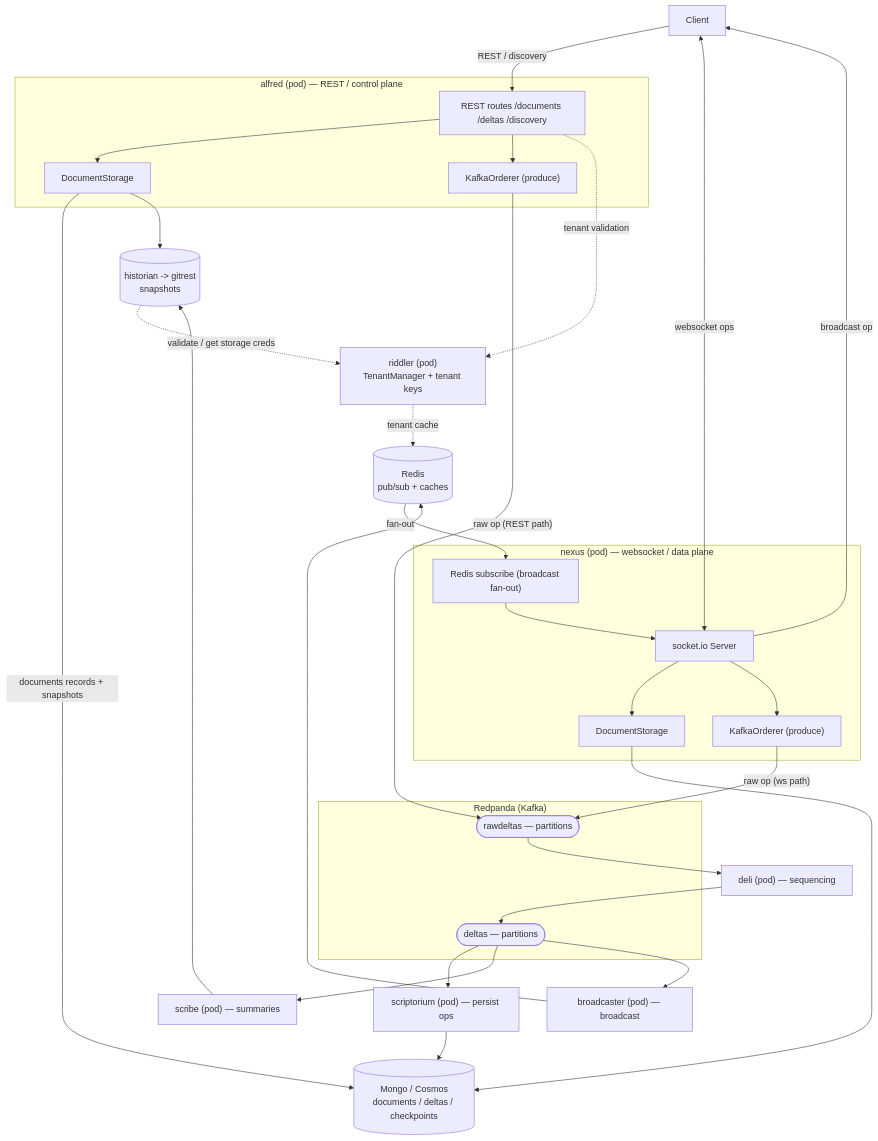
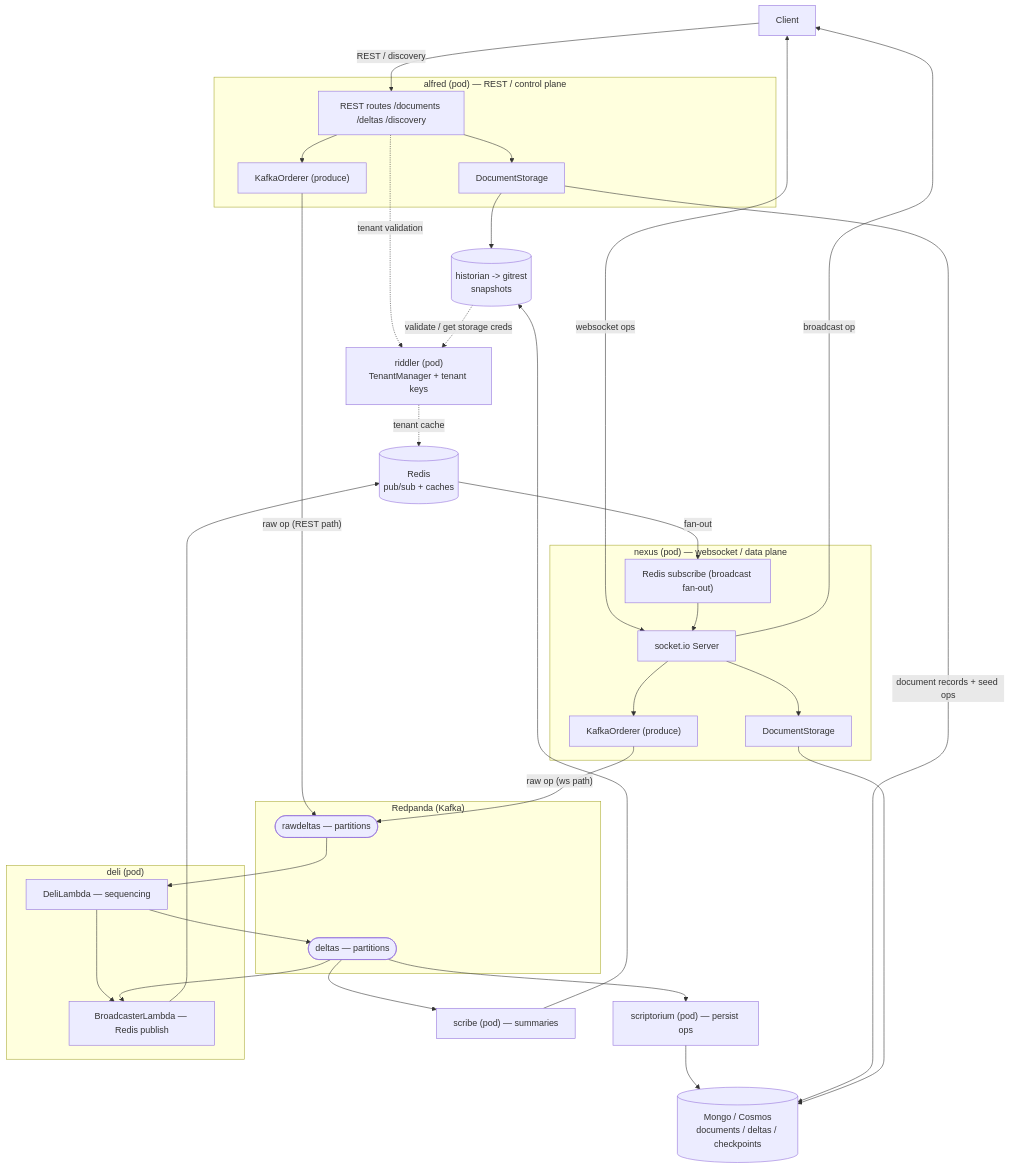
One commit to GINFU26/selfhost-fluid changed the first of 2 diagrams in ARCHITECTURE.md. Above: the diagram before and after it, drawn with Mermaid. The commit also changed other lines of this file and 20 other files, not shown here.

````diff
--- a/ARCHITECTURE.md
+++ b/ARCHITECTURE.md
@@ -21,56 +16,59 @@
 ```mermaid
 flowchart TB
   C[Client]
 
   subgraph ALF["alfred (pod) — REST / control plane"]
     AR["REST routes /documents /deltas /discovery"]
     ADS["DocumentStorage"]
     AORD["KafkaOrderer (produce)"]
     AR --> ADS
     AR --> AORD
   end
 
   subgraph NEX["nexus (pod) — websocket / data plane"]
     NIO["socket.io Server"]
     NDS["DocumentStorage"]
     NORD["KafkaOrderer (produce)"]
     NSUB["Redis subscribe (broadcast fan-out)"]
     NIO --> NDS
     NIO --> NORD
   end
 
   subgraph RP["Redpanda (Kafka)"]
     RD(["rawdeltas — partitions"])
     DE(["deltas — partitions"])
   end
 
-  DELI["deli (pod) — sequencing"]
+  subgraph DELIPOD["deli (pod)"]
+    DELI["DeliLambda — sequencing"]
+    BC["BroadcasterLambda — Redis publish"]
+  end
   SCRIPT["scriptorium (pod) — persist ops"]
   SCRIBE["scribe (pod) — summaries"]
-  BC["broadcaster (pod) — broadcast"]
   RID["riddler (pod)<br/>TenantManager + tenant keys"]
 
   M[("Mongo / Cosmos<br/>documents / deltas / checkpoints")]
   H[("historian -> gitrest<br/>snapshots")]
   R[("Redis<br/>pub/sub + caches")]
 
   C -->|"REST / discovery"| AR
   C <-->|"websocket ops"| NIO
 
   AORD -->|"raw op (REST path)"| RD
   NORD -->|"raw op (ws path)"| RD
 
   RD --> DELI --> DE
+  DELI --> BC
   DE --> SCRIPT --> M
   DE --> SCRIBE --> H
   DE --> BC --> R
   R -->|"fan-out"| NSUB --> NIO -->|"broadcast op"| C
 
-  ADS -->|"documents records + snapshots"| M
+  ADS -->|"document records + seed ops"| M
   ADS --> H
   NDS --> M
 
   AR -.->|"tenant validation"| RID
   H -.->|"validate / get storage creds"| RID
   RID -.->|"tenant cache"| R
 ```
````
